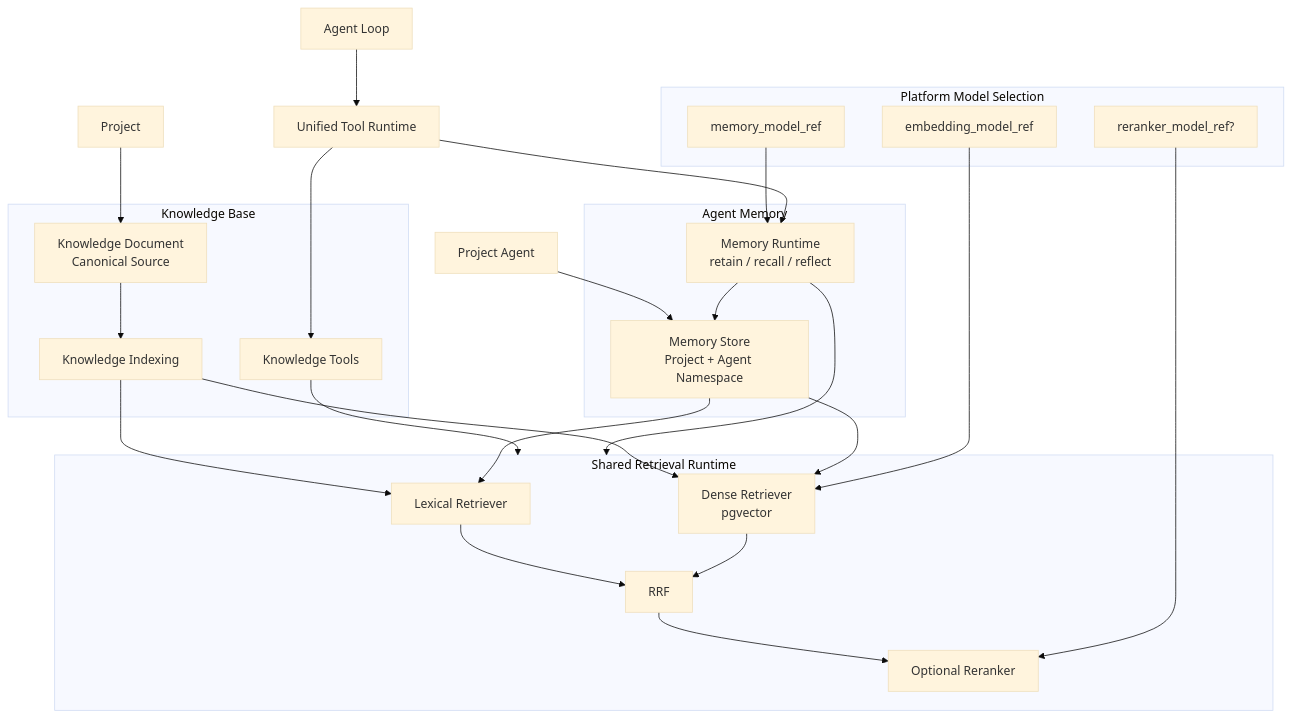
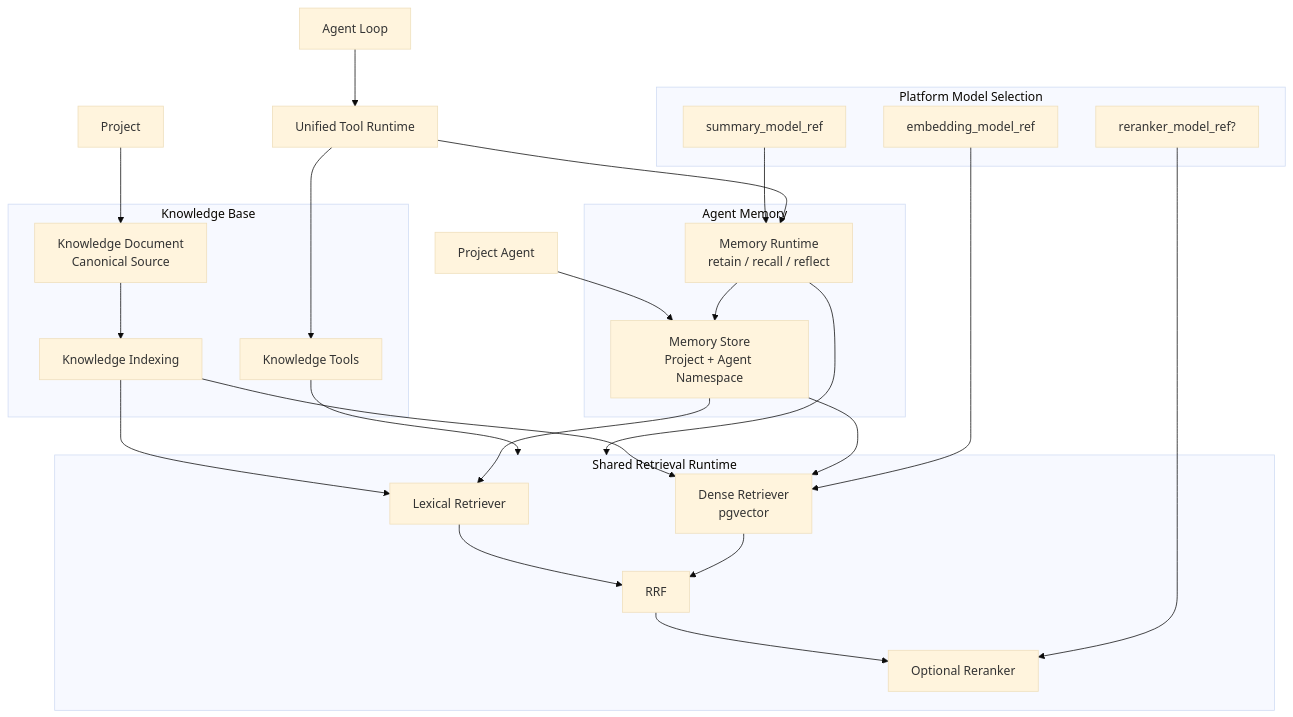
The diagram in docs/architecture/knowledge-memory/README.md (LunaDeerTech/agenteam), drawn with Mermaid (base theme) before and after one commit. The commit also changed other lines of this file and 13 other files, not shown here.

Commit message:
docs: define one summary model across memory and meetings

```diff
--- a/docs/architecture/knowledge-memory/README.md
+++ b/docs/architecture/knowledge-memory/README.md
@@ -43,56 +43,56 @@
 ~~~mermaid
 flowchart TB
     Project["Project"]
     Agent["Project Agent"]
     Loop["Agent Loop"]
     Tools["Unified Tool Runtime"]
 
     subgraph KB["Knowledge Base"]
         Document["Knowledge Document<br/>Canonical Source"]
         Indexing["Knowledge Indexing"]
         KTools["Knowledge Tools"]
     end
 
     subgraph MEM["Agent Memory"]
         Memory["Memory Store<br/>Project + Agent Namespace"]
         MRuntime["Memory Runtime<br/>retain / recall / reflect"]
     end
 
     subgraph RET["Shared Retrieval Runtime"]
         Lexical["Lexical Retriever"]
         Dense["Dense Retriever<br/>pgvector"]
         Fusion["RRF"]
         Rerank["Optional Reranker"]
     end
 
     subgraph Models["Platform Model Selection"]
         Embed["embedding_model_ref"]
         Rank["reranker_model_ref?"]
-        MemoryModel["memory_model_ref"]
+        MemoryModel["summary_model_ref"]
     end
 
     Project --> Document
     Document --> Indexing
     Indexing --> Lexical
     Indexing --> Dense
 
     Agent --> Memory
     MRuntime --> Memory
     Memory --> Lexical
     Memory --> Dense
 
     KTools --> RET
     MRuntime --> RET
 
     Lexical --> Fusion
     Dense --> Fusion
     Fusion --> Rerank
 
     Embed --> Dense
     Rank --> Rerank
     MemoryModel --> MRuntime
 
     Loop --> Tools
     Tools --> KTools
     Tools --> MRuntime
 ~~~
```
